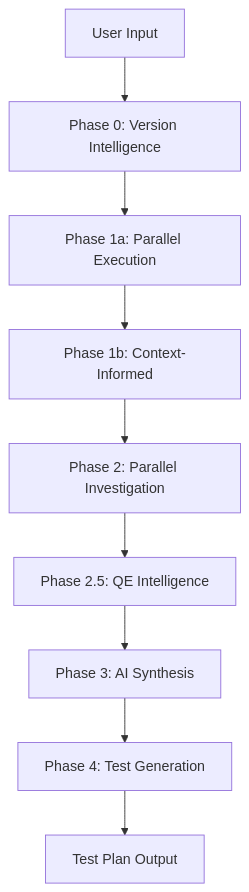
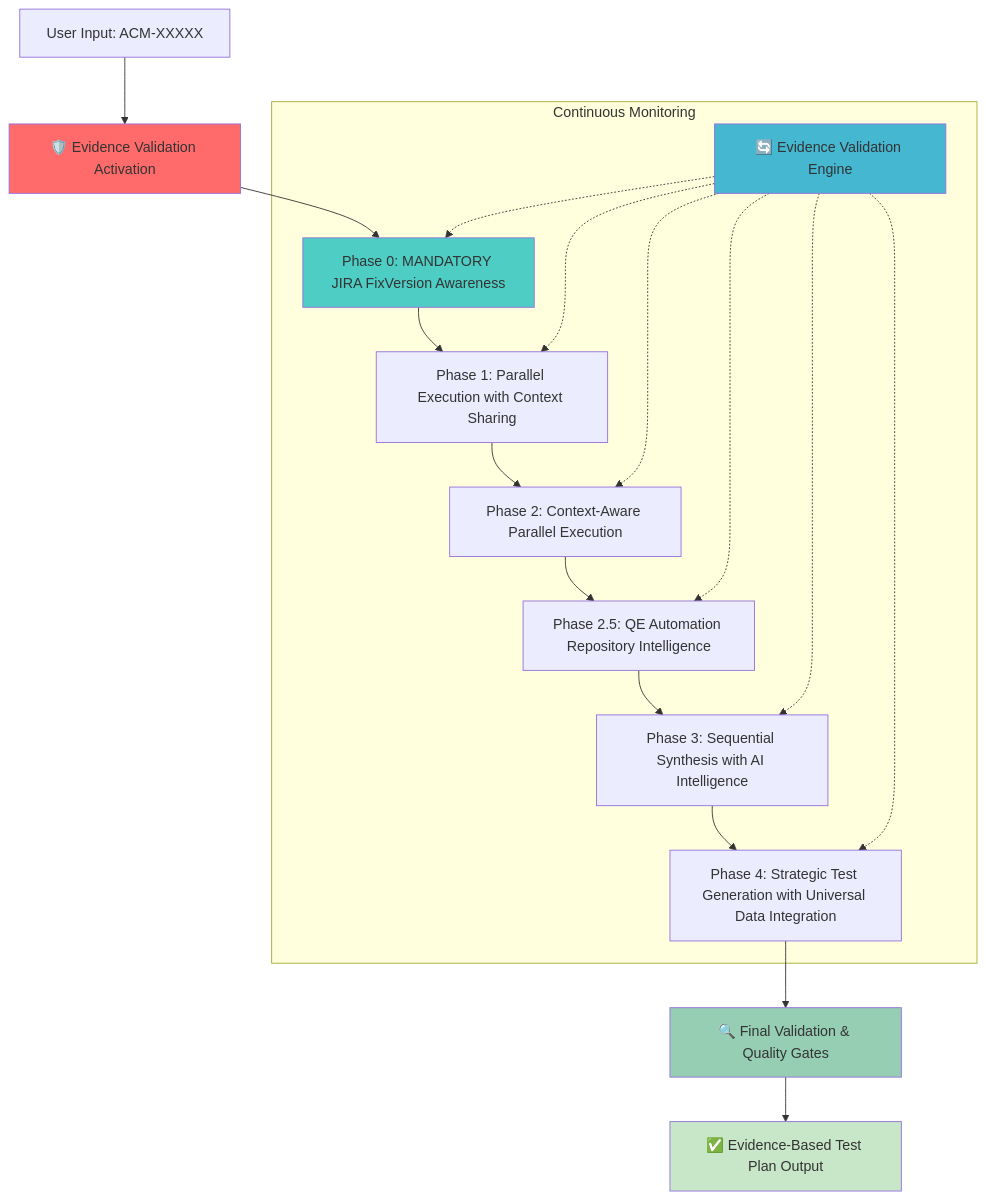
Before and after one commit to stolostron/ai-test-gen: the first of 26 diagrams in apps/claude-test-generator/docs/framework-workflow-details.md, drawn with Mermaid. The commit also changed other lines of this file and 64 other files, not shown here.

````diff
--- a/apps/claude-test-generator/docs/framework-workflow-details.md
+++ b/apps/claude-test-generator/docs/framework-workflow-details.md
@@ -30,13 +66,30 @@
 ```mermaid
 flowchart TD
-    USER[User Input] --> P0[Phase 0: Version Intelligence]
+    USER[User Input: ACM-XXXXX] --> PREVENT[🛡️ Evidence Validation Activation]
     
-    P0 --> P1A[Phase 1a: Parallel Execution]
-    P1A --> P1B[Phase 1b: Context-Informed]
-    P1B --> P2[Phase 2: Parallel Investigation]
-    P2 --> P25[Phase 2.5: QE Intelligence]
-    P25 --> P3[Phase 3: AI Synthesis]
-    P3 --> P4[Phase 4: Test Generation]
+    PREVENT --> P0[Phase 0: MANDATORY JIRA FixVersion Awareness]
+    P0 --> P1[Phase 1: Parallel Execution with Context Sharing]
+    P1 --> P2[Phase 2: Context-Aware Parallel Execution]
+    P2 --> P25[Phase 2.5: QE Automation Repository Intelligence]
+    P25 --> P3[Phase 3: Sequential Synthesis with AI Intelligence]
+    P3 --> P4[Phase 4: Strategic Test Generation with Universal Data Integration]
     
-    P4 --> RESULT[Test Plan Output]
+    P4 --> VALIDATE[🔍 Final Validation & Quality Gates]
+    VALIDATE --> RESULT[✅ Evidence-Based Test Plan Output]
+    
+    subgraph "Continuous Monitoring"
+        MONITOR[🔄 Evidence Validation Engine]
+        MONITOR -.-> P0
+        MONITOR -.-> P1
+        MONITOR -.-> P2
+        MONITOR -.-> P25
+        MONITOR -.-> P3
+        MONITOR -.-> P4
+    end
+    
+    style PREVENT fill:#ff6b6b
+    style P0 fill:#4ecdc4
+    style MONITOR fill:#45b7d1
+    style VALIDATE fill:#96ceb4
+    style RESULT fill:#c8e6c8
 ```
````
